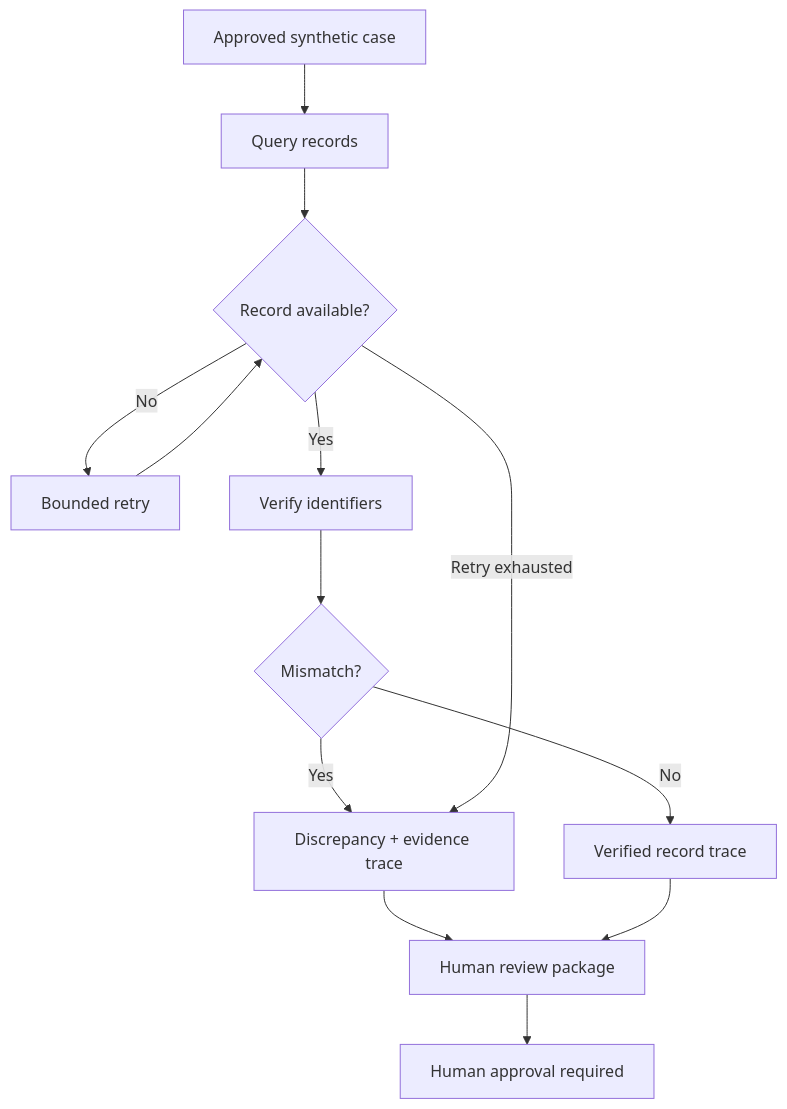
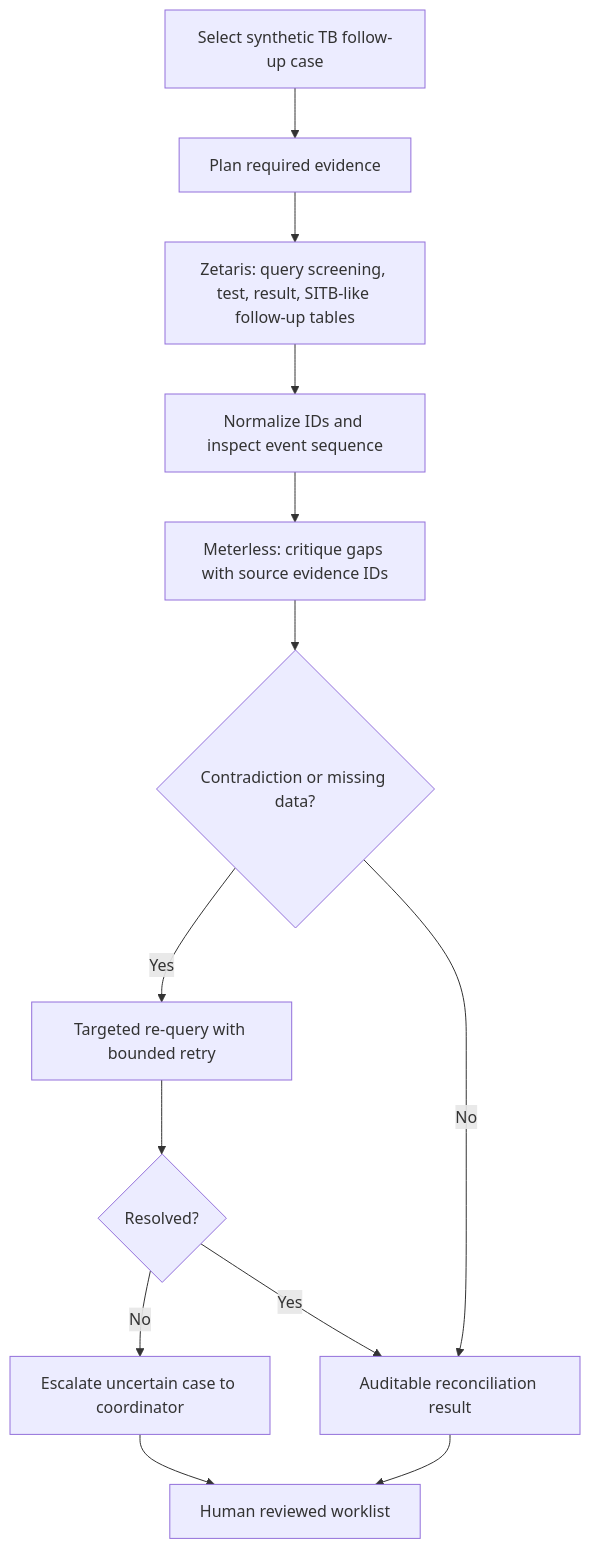
The diagram in docs/architecture.md (Z-bros/open-agent-id-health), drawn with Mermaid before and after one commit. The commit also changed other lines of this file, not shown here.

Commit message:
docs: lock TB-CareFlow scope and evidence (docs/architecture.md)

````diff
--- a/docs/architecture.md
+++ b/docs/architecture.md
@@ -3,15 +3,15 @@
 ```mermaid
 flowchart TD
-    A[Approved synthetic case] --> B[Query records]
-    B --> C{Record available?}
-    C -- No --> D[Bounded retry]
-    D --> C
-    C -- Yes --> E[Verify identifiers]
-    E --> F{Mismatch?}
-    F -- Yes --> G[Discrepancy + evidence trace]
-    F -- No --> H[Verified record trace]
-    C -- Retry exhausted --> G
-    G --> I[Human review package]
-    H --> I
-    I --> J[Human approval required]
+  A[Select synthetic TB follow-up case] --> P[Plan required evidence]
+  P --> Z[Zetaris: query screening, test, result, SITB-like follow-up tables]
+  Z --> V[Normalize IDs and inspect event sequence]
+  V --> M[Meterless: critique gaps with source evidence IDs]
+  M --> D{Contradiction or missing data?}
+  D -- Yes --> R[Targeted re-query with bounded retry]
+  R --> E{Resolved?}
+  E -- No --> H[Escalate uncertain case to coordinator]
+  E -- Yes --> O[Auditable reconciliation result]
+  D -- No --> O
+  O --> U[Human reviewed worklist]
+  H --> U
 ```
````
